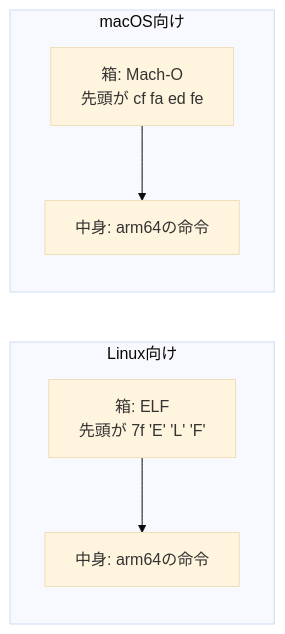
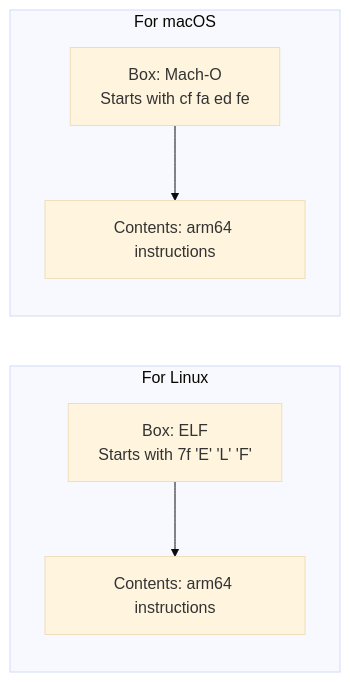
Before and after one commit to kiwamizamurai/gaming: the second of 3 diagrams in articles/20-cpu.md, drawn with Mermaid (base theme). The commit also changed other lines of this file and 46 other files, not shown here.

````diff
--- a/articles/20-cpu.md
+++ b/articles/20-cpu.md
@@ -74,9 +74,9 @@
 ```mermaid
 flowchart LR
-    subgraph L[Linux向け]
-        LB["箱: ELF<br>先頭が 7f 'E' 'L' 'F'"] --> LC[中身: arm64の命令]
+    subgraph L[For Linux]
+        LB["Box: ELF<br>Starts with 7f 'E' 'L' 'F'"] --> LC[Contents: arm64 instructions]
     end
-    subgraph M[macOS向け]
-        MB["箱: Mach-O<br>先頭が cf fa ed fe"] --> MC[中身: arm64の命令]
+    subgraph M[For macOS]
+        MB["Box: Mach-O<br>Starts with cf fa ed fe"] --> MC[Contents: arm64 instructions]
     end
 ```
````
